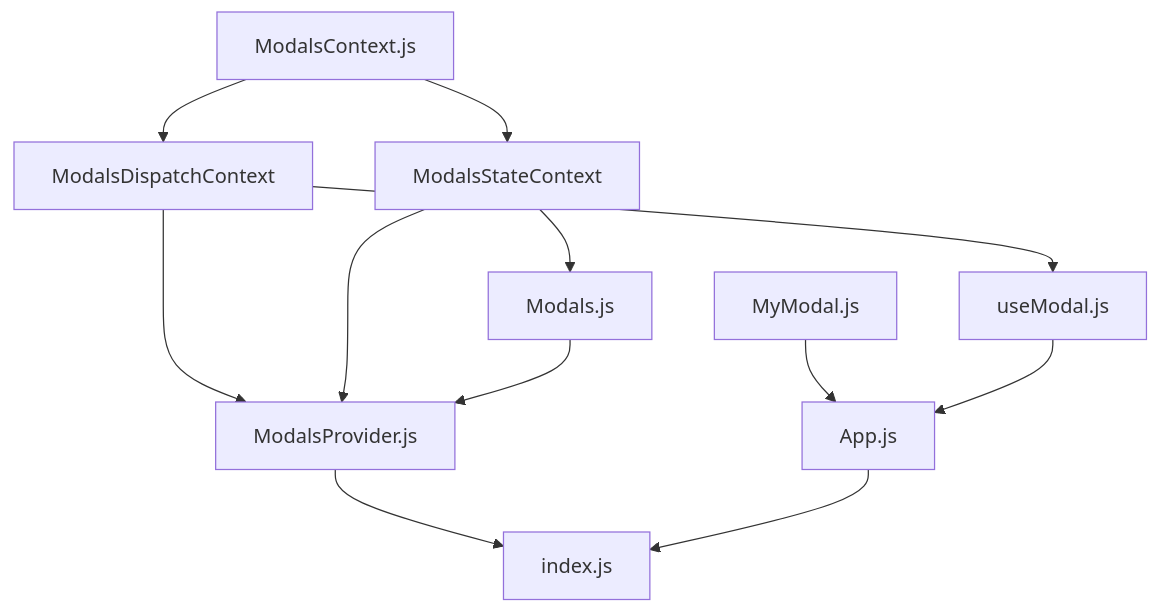
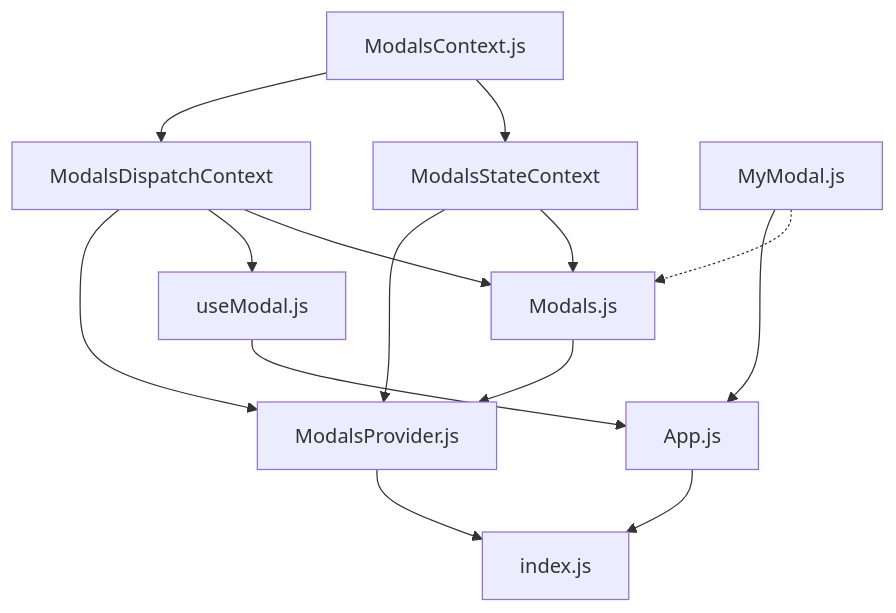
Before and after one commit to zz5414/react-multiple-modals: the diagram in disagram.md, drawn with Mermaid. The commit also changed 3 other files, not shown here.

````diff
--- a/disagram.md
+++ b/disagram.md
@@ -1,20 +1,28 @@
 ```mermaid
 graph TD;
     ModalsContext.js --> ModalsDispatchContext
     ModalsContext.js --> ModalsStateContext
 
 
     ModalsProvider.js --> index.js;
     App.js --> index.js
 
     ModalsDispatchContext --> ModalsProvider.js
     ModalsStateContext --> ModalsProvider.js
     Modals.js --> ModalsProvider.js
 
     ModalsStateContext --> Modals.js
 
     MyModal.js --> App.js
     useModal.js --> App.js
 
     ModalsDispatchContext --> useModal.js
+
+    %% Modals.js에서 state에 저장된 component를 렌더링
+    MyModal.js -.-> Modals.js
+
+    %% 확인, 취소 버튼의 함수를 전달하기 위해
+    ModalsDispatchContext --> Modals.js
+
+
 ```
````
